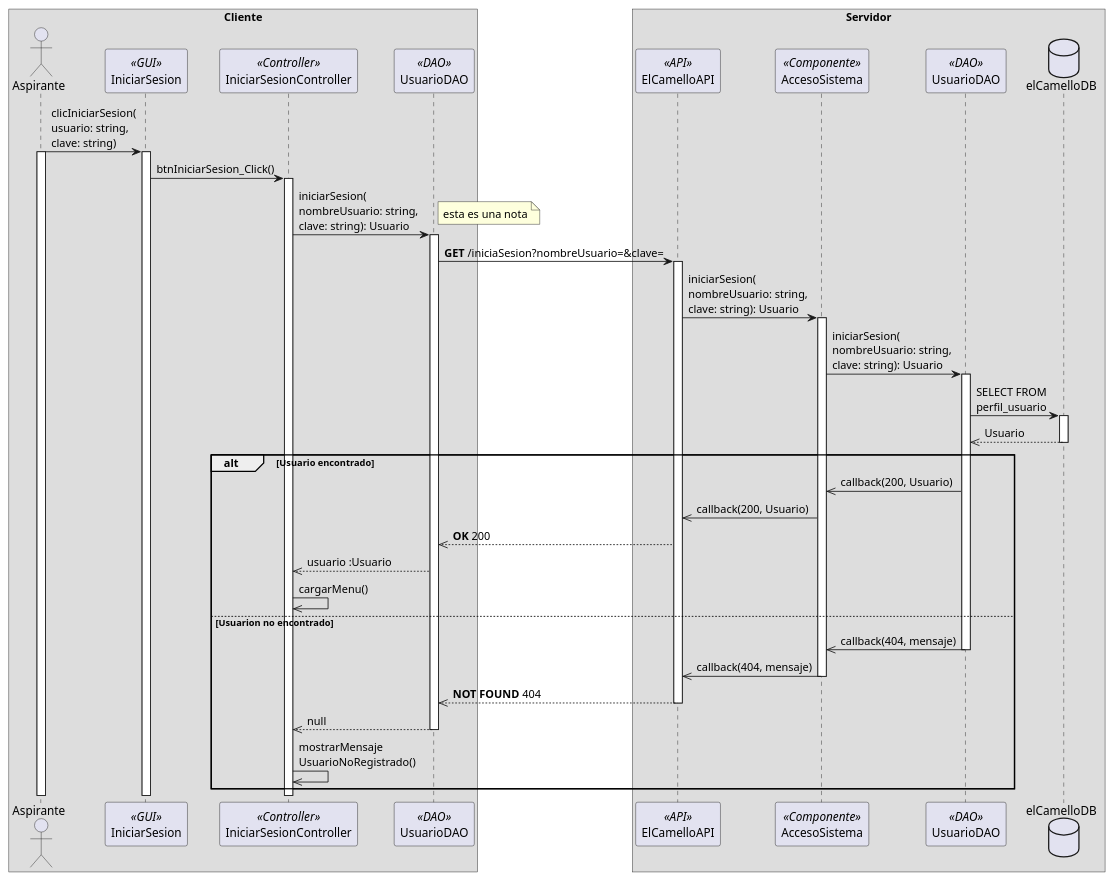
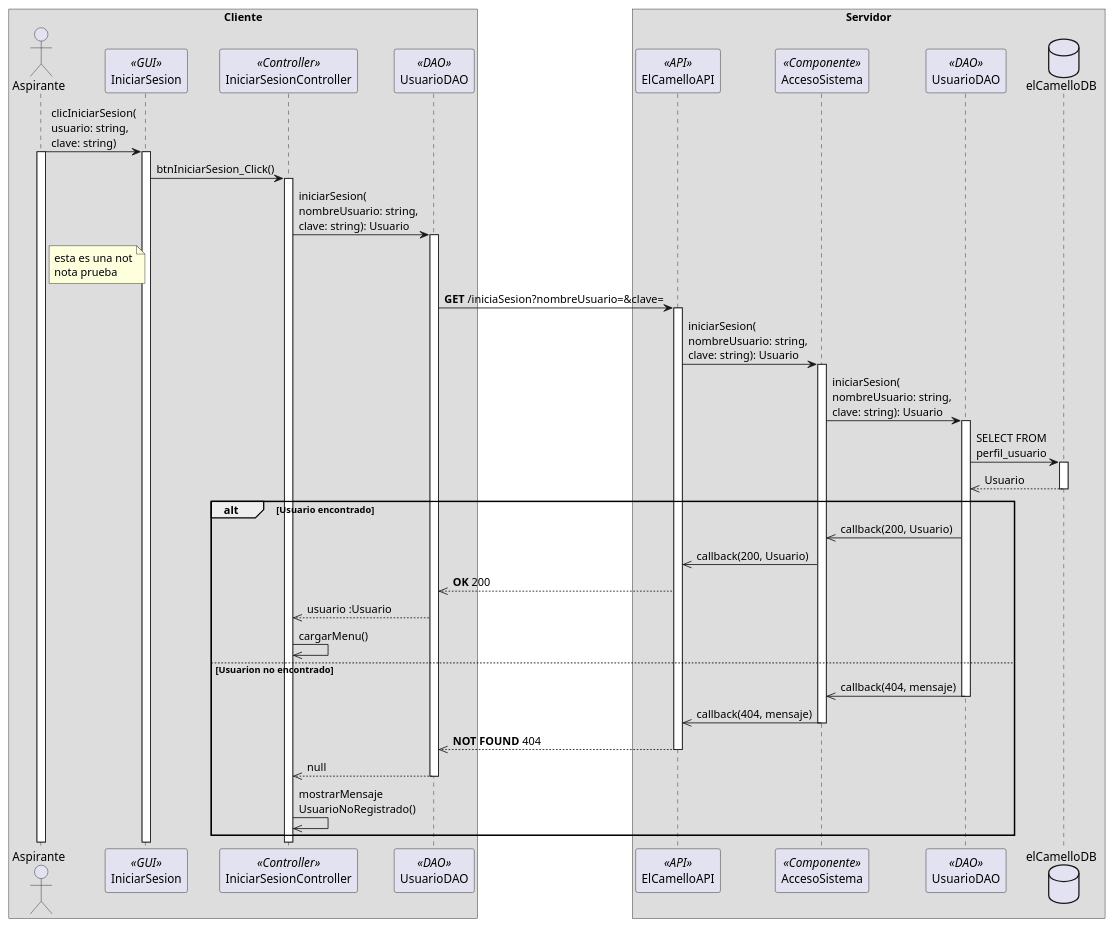
The diagram in diagramas/secuencia/ejemplo.puml (VictorArrys/API_WORK_PLATAFORM_ARRYS), drawn with PlantUML before and after one commit. The commit also changed 30 other files, not shown here.

Commit message:
diagramas

```diff
--- a/diagramas/secuencia/ejemplo.puml
+++ b/diagramas/secuencia/ejemplo.puml
@@ -1,69 +1,72 @@
 @startuml Ejemplo
 
 box Cliente
     actor Aspirante as a
     participant IniciarSesion as b <<GUI>> 
     participant IniciarSesionController as c <<Controller>>
     participant UsuarioDAO as d <<DAO>>
 end box
 
 box Servidor
     participant ElCamelloAPI as e <<API>>
     participant AccesoSistema as f <<Componente>>
     participant UsuarioDAO as g <<DAO>>
     database elCamelloDB as db
 end box
 
 a -> b : clicIniciarSesion(\nusuario: string,\nclave: string)
 activate a
 activate b
 
 b -> c : btnIniciarSesion_Click()
 activate c
 
 c -> d : iniciarSesion(\nnombreUsuario: string,\nclave: string): Usuario
 activate d
 
-note right :esta es una nota
-d -> e : **GET** /iniciaSesion?nombreUsuario=&clave=
+note right of a  
+    esta es una not
+    nota prueba
+end note
+d -> e  : **GET** /iniciaSesion?nombreUsuario=&clave=
 activate e
 
 e -> f : iniciarSesion(\nnombreUsuario: string,\nclave: string): Usuario
 activate f
 
 f -> g : iniciarSesion(\nnombreUsuario: string,\nclave: string): Usuario
 activate g
 
 g -> db : SELECT FROM \nperfil_usuario
 activate db
 
 db -->> g : Usuario
 deactivate db
 
 alt Usuario encontrado
     g ->> f : callback(200, Usuario)
     
     f ->> e : callback(200, Usuario)
 
     e -->> d: **OK** 200
     d -->> c: usuario :Usuario
 
     c ->> c: cargarMenu()
 else Usuarion no encontrado
     g ->> f : callback(404, mensaje)
     deactivate g
 
     f ->> e : callback(404, mensaje)
     deactivate f
 
     e -->> d: **NOT FOUND** 404
     deactivate e
 
     d -->> c: null
     deactivate d
 
     c ->> c : mostrarMensaje\nUsuarioNoRegistrado()
 
 end
 
 @enduml
```
